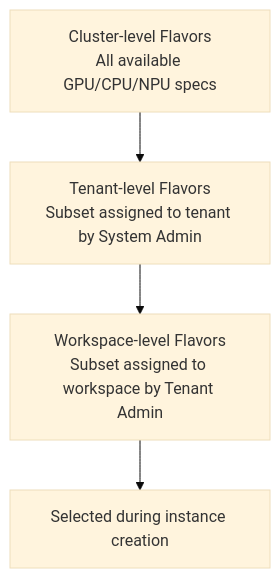
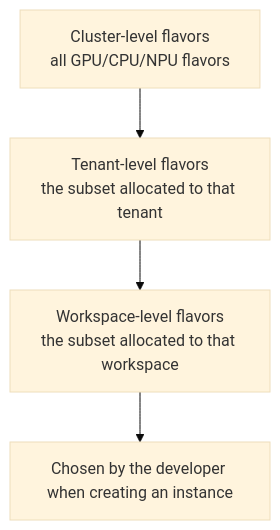
Before and after one commit to poxiaoyun/docs: the fourth of 6 diagrams in src/pages/docs/en/02.guide/02.architecture.md, drawn with Mermaid (base theme). The commit also changed other lines of this file and 463 other files, not shown here.

````diff
--- a/src/pages/docs/en/02.guide/02.architecture.md
+++ b/src/pages/docs/en/02.guide/02.architecture.md
@@ -290,6 +191,6 @@
 ```mermaid
 graph TD
-    CF["Cluster-level Flavors<br/>All available GPU/CPU/NPU specs"] --> TF["Tenant-level Flavors<br/>Subset assigned to tenant by System Admin"]
-    TF --> WF["Workspace-level Flavors<br/>Subset assigned to workspace by Tenant Admin"]
-    WF --> Instance["Selected during instance creation"]
+    CF["Cluster-level flavors<br/>all GPU/CPU/NPU flavors"] --> TF["Tenant-level flavors<br/>the subset allocated to that tenant"]
+    TF --> WF["Workspace-level flavors<br/>the subset allocated to that workspace"]
+    WF --> Instance["Chosen by the developer when creating an instance"]
 ```
````
